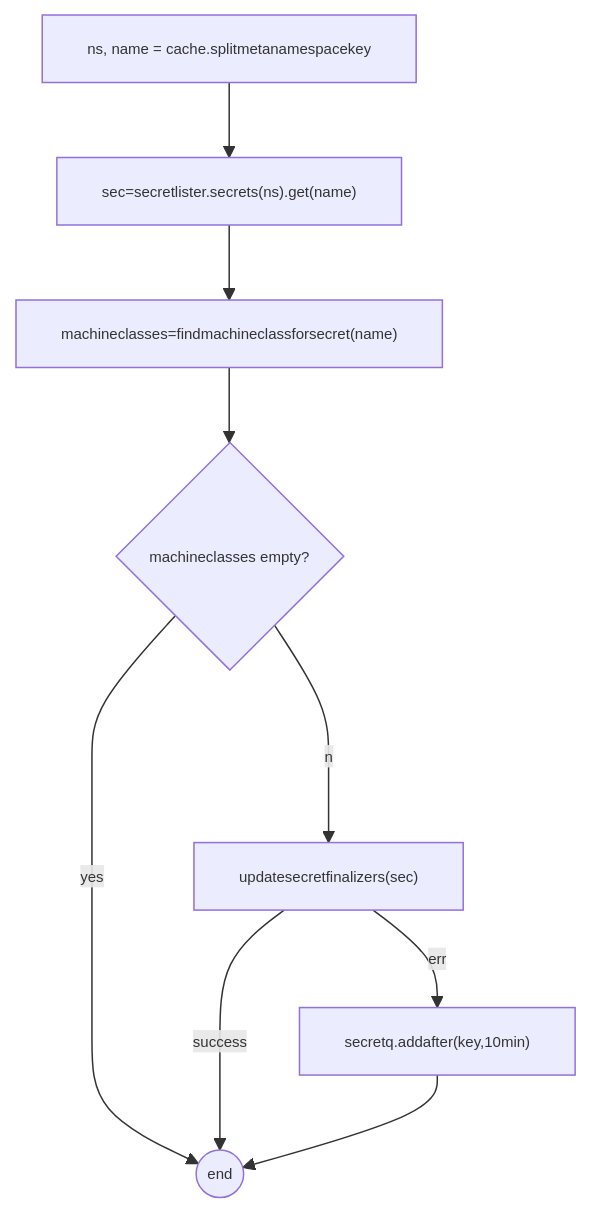
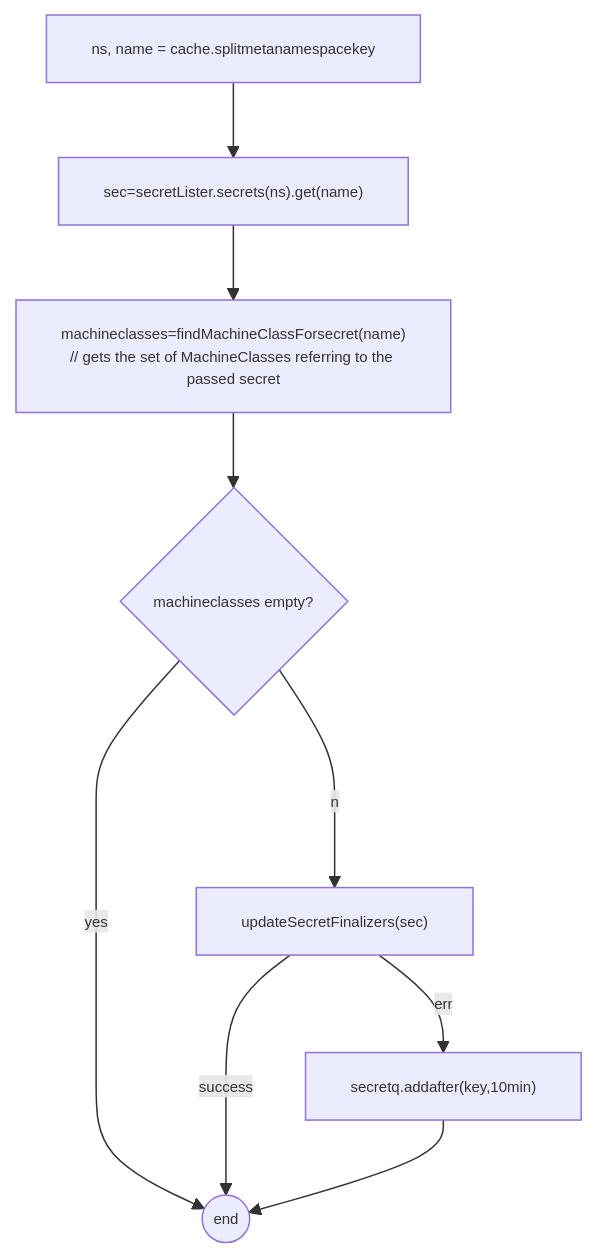
Before and after one commit to elankath/mcmdesign: the diagram in src/machine-controller/reconcile-cluster-secret.md, drawn with Mermaid. The commit also changed other lines of this file and 8 other files, not shown here.

````diff
--- a/src/machine-controller/reconcile-cluster-secret.md
+++ b/src/machine-controller/reconcile-cluster-secret.md
@@ -27,21 +27,23 @@
 ```mermaid
 %%{init: {'themeVariables': { 'fontSize': '10px'}, "flowchart": {"useMaxWidth": false }}}%%
 
 flowchart TD
 
 a[ns, name = cache.splitmetanamespacekey]
-b["sec=secretlister.secrets(ns).get(name)"]
-c["machineclasses=findmachineclassforsecret(name)"]
+b["sec=secretLister.secrets(ns).get(name)"]
+c["machineclasses=findMachineClassForsecret(name)
+// gets the set of MachineClasses referring to the passed secret
+"]
 d{machineclasses empty?}
-e["updatesecretfinalizers(sec)"] 
+e["updateSecretFinalizers(sec)"] 
 f["secretq.addafter(key,10min)"]
 z(("end"))
 a-->b
 b-->c
 c-->d
 d--yes-->z
 d--no-->e
 e--err-->f
 e--success-->z
 f-->z
 ```
````
